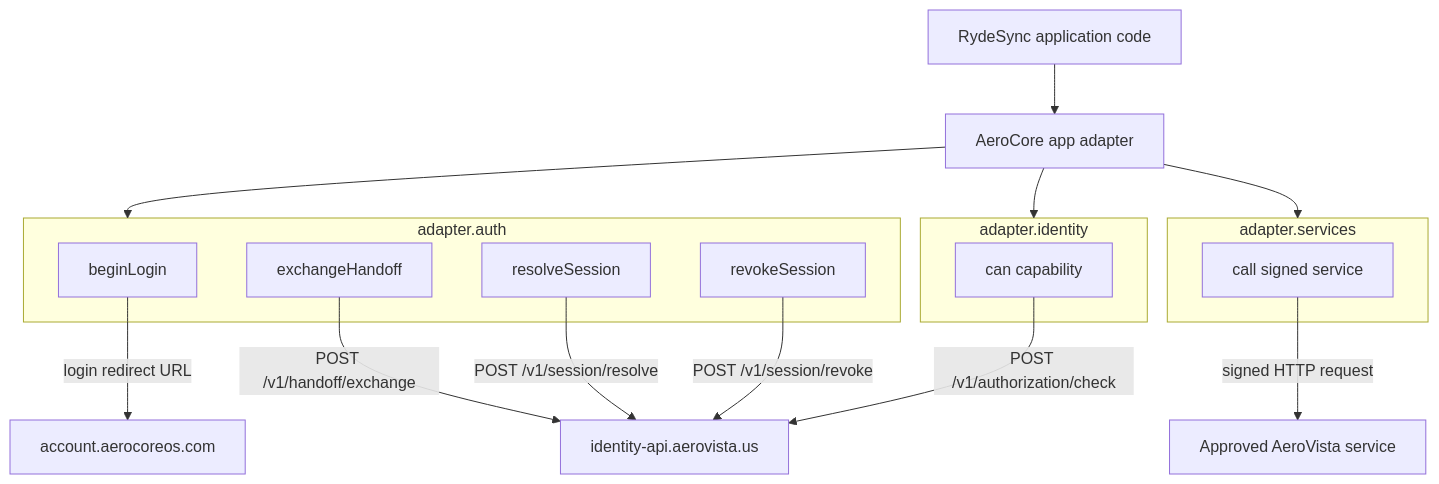
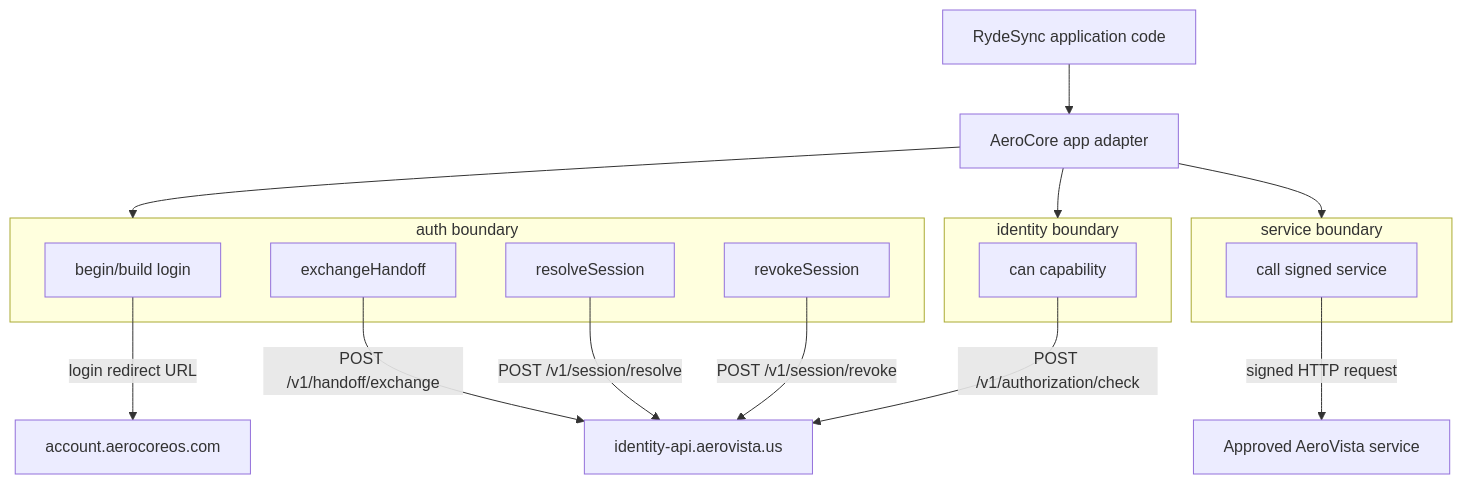
Before and after one commit to aerovista-us/RydeSync: the first of 3 diagrams in docs/AEROCORE_APP_ADAPTER_SCHEMATIC.md, drawn with Mermaid. The commit also changed other lines of this file, not shown here.

Commit message:
docs: reconcile AeroCore adapter contract with implemented v0.1

````diff
--- a/docs/AEROCORE_APP_ADAPTER_SCHEMATIC.md
+++ b/docs/AEROCORE_APP_ADAPTER_SCHEMATIC.md
@@ -27,36 +57,36 @@
 ```mermaid
 flowchart TB
   APP[RydeSync application code]
   ADAPTER[AeroCore app adapter]
 
-  subgraph AUTH[adapter.auth]
-    LOGIN[beginLogin]
+  subgraph AUTH[auth boundary]
+    LOGIN[begin/build login]
     EX[exchangeHandoff]
     RES[resolveSession]
     REV[revokeSession]
   end
 
-  subgraph IDENT[adapter.identity]
+  subgraph IDENT[identity boundary]
     CAN[can capability]
   end
 
-  subgraph SERVICES[adapter.services]
+  subgraph SERVICES[service boundary]
     CALL[call signed service]
   end
 
   ACCOUNT[account.aerocoreos.com]
   IDGW[identity-api.aerovista.us]
   OTHER[Approved AeroVista service]
 
   APP --> ADAPTER
   ADAPTER --> AUTH
   ADAPTER --> IDENT
   ADAPTER --> SERVICES
 
   LOGIN -->|login redirect URL| ACCOUNT
   EX -->|POST /v1/handoff/exchange| IDGW
   RES -->|POST /v1/session/resolve| IDGW
   REV -->|POST /v1/session/revoke| IDGW
   CAN -->|POST /v1/authorization/check| IDGW
   CALL -->|signed HTTP request| OTHER
 ```
````
